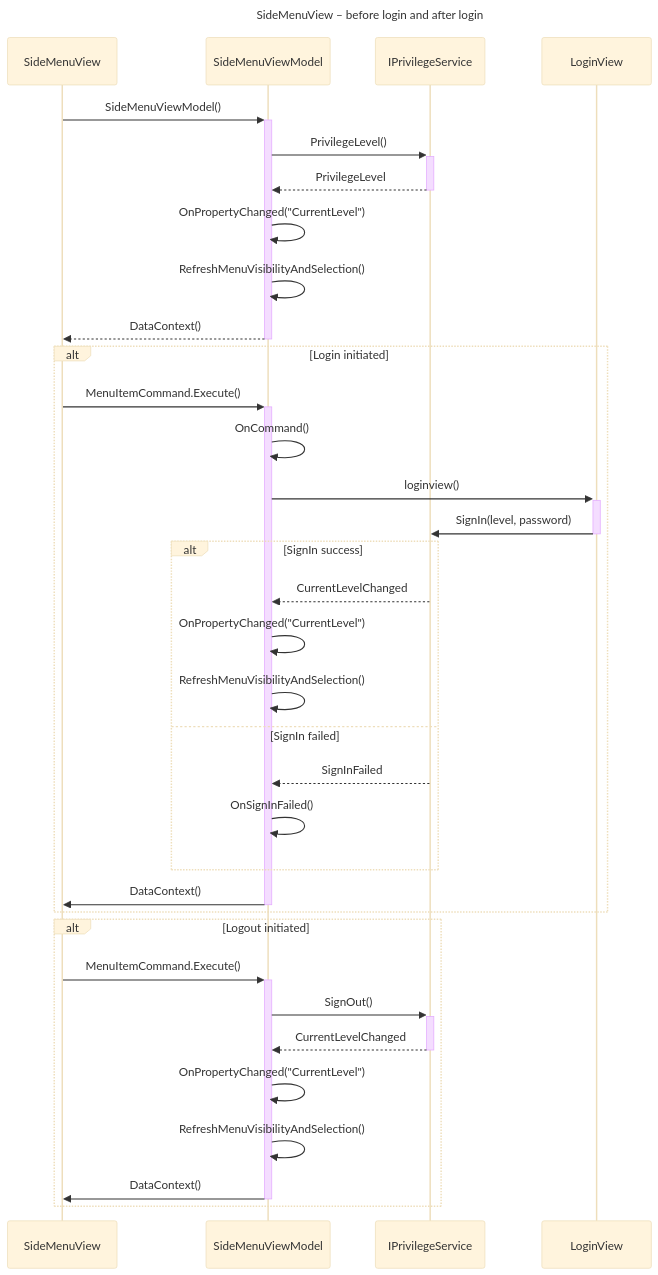
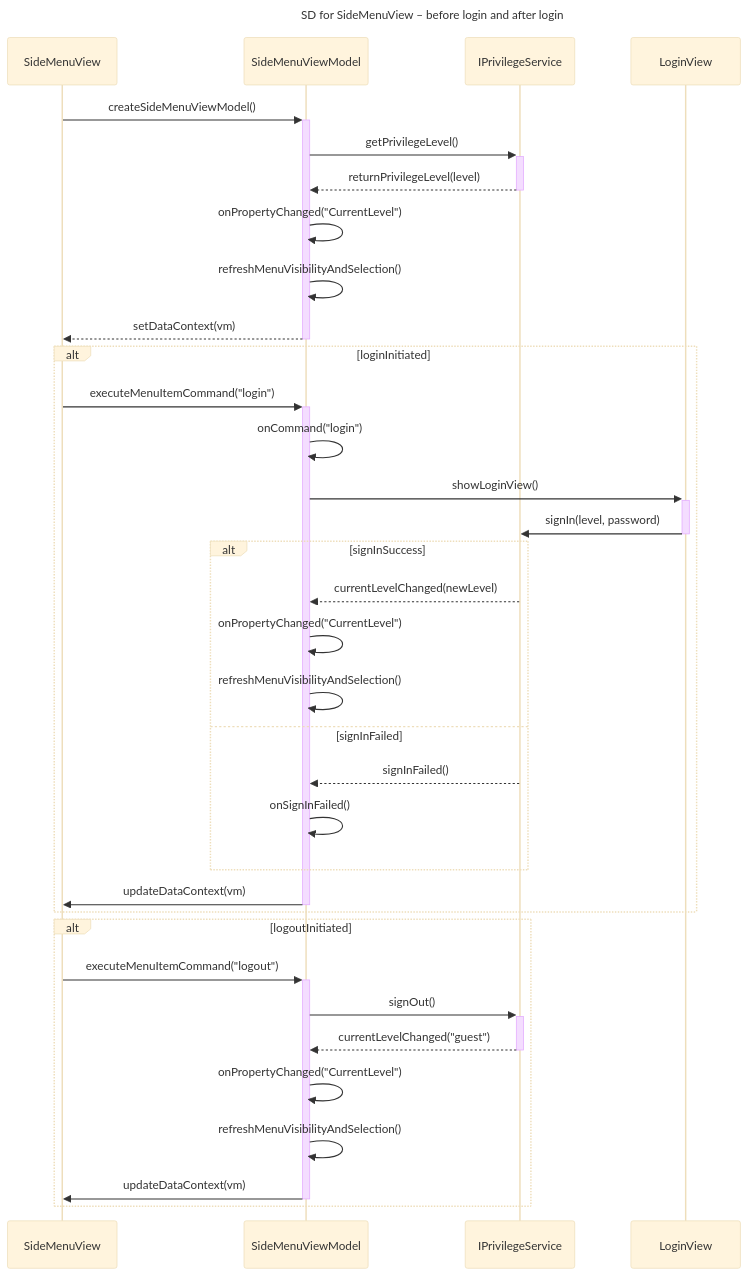
One commit to DMOoF25-TEAM11/ShelfMarket changed the diagram in docs/sprint-3/UseCase006-SideMenu/SD.mmd. Above: the diagram before and after it, drawn with Mermaid (base theme). The commit also changed 2 other files, not shown here.

```diff
--- a/docs/sprint-3/UseCase006-SideMenu/SD.mmd
+++ b/docs/sprint-3/UseCase006-SideMenu/SD.mmd
@@ -1,38 +1,38 @@
 sequenceDiagram
-    title SideMenuView – before login and after login
+    title SD for SideMenuView – before login and after login
     participant UI as SideMenuView
     participant VM as SideMenuViewModel
     participant Priv as IPrivilegeService
     participant Login as LoginView
 
-    UI->>+VM: SideMenuViewModel()
-    VM->>+Priv: PrivilegeLevel()
-    Priv-->>-VM: PrivilegeLevel
-    VM->>VM: OnPropertyChanged("CurrentLevel")
-    VM->>VM: RefreshMenuVisibilityAndSelection()
-    VM-->>-UI: DataContext()
+    UI->>+VM: createSideMenuViewModel()
+    VM->>+Priv: getPrivilegeLevel()
+    Priv-->>-VM: returnPrivilegeLevel(level)
+    VM->>VM: onPropertyChanged("CurrentLevel")
+    VM->>VM: refreshMenuVisibilityAndSelection()
+    VM-->>-UI: setDataContext(vm)
 
-    alt Login initiated
-        UI->>+VM: MenuItemCommand.Execute()
-        VM->>VM: OnCommand()
-        VM->>+Login: loginview()
-        Login->>-Priv: SignIn(level, password)
-        alt SignIn success
-            Priv-->>VM: CurrentLevelChanged
-            VM->>VM: OnPropertyChanged("CurrentLevel")
-            VM->>VM: RefreshMenuVisibilityAndSelection()
-        else SignIn failed
-            Priv-->>VM: SignInFailed
-            VM->>VM: OnSignInFailed()
+    alt loginInitiated
+        UI->>+VM: executeMenuItemCommand("login")
+        VM->>VM: onCommand("login")
+        VM->>+Login: showLoginView()
+        Login->>-Priv: signIn(level, password)
+        alt signInSuccess
+            Priv-->>VM: currentLevelChanged(newLevel)
+            VM->>VM: onPropertyChanged("CurrentLevel")
+            VM->>VM: refreshMenuVisibilityAndSelection()
+        else signInFailed
+            Priv-->>VM: signInFailed()
+            VM->>VM: onSignInFailed()
         end
-        VM->>-UI: DataContext()
+        VM->>-UI: updateDataContext(vm)
     end
 
-    alt Logout initiated
-        UI->>+VM: MenuItemCommand.Execute()
-        VM->>+Priv: SignOut()
-        Priv-->>-VM: CurrentLevelChanged
-        VM->>VM: OnPropertyChanged("CurrentLevel")
-        VM->>VM: RefreshMenuVisibilityAndSelection()
-        VM->>-UI: DataContext()
+    alt logoutInitiated
+        UI->>+VM: executeMenuItemCommand("logout")
+        VM->>+Priv: signOut()
+        Priv-->>-VM: currentLevelChanged("guest")
+        VM->>VM: onPropertyChanged("CurrentLevel")
+        VM->>VM: refreshMenuVisibilityAndSelection()
+        VM->>-UI: updateDataContext(vm)
     end
```
